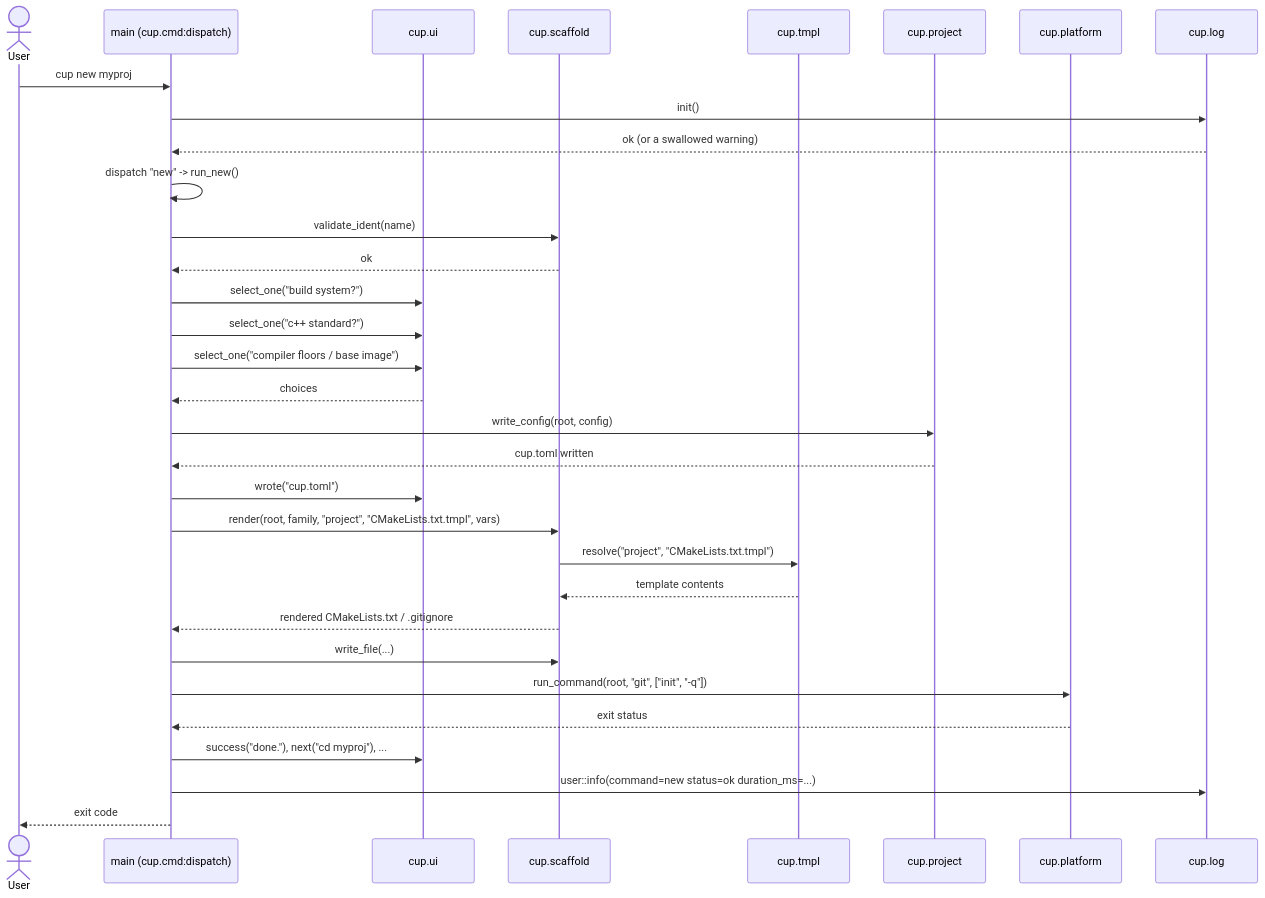
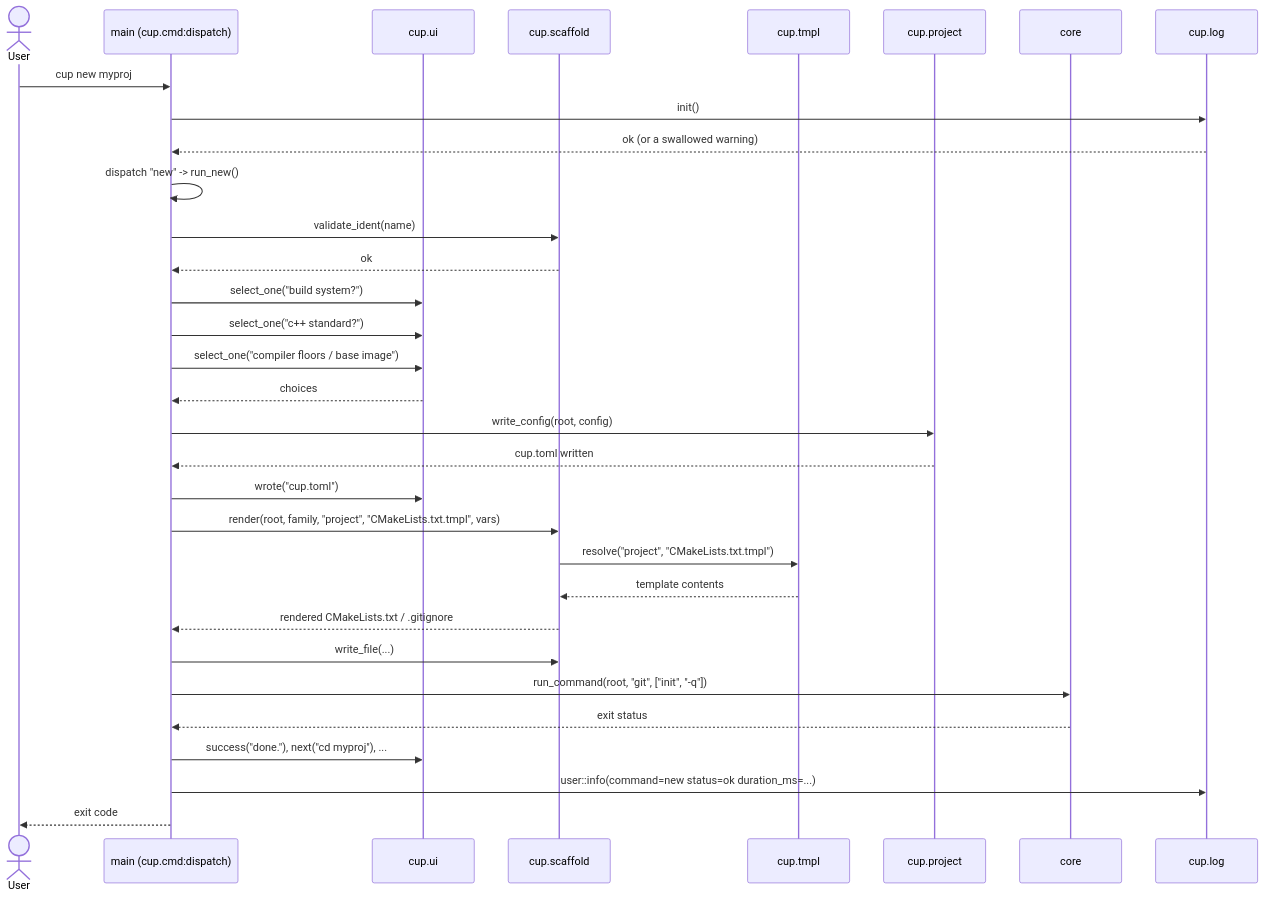
One commit to DrHurel/cup changed the second of 2 diagrams in README.md. Above: the diagram before and after it, drawn with Mermaid. The commit also changed other lines of this file and 65 other files, not shown here.

First line of the commit message:
refactor(platform): split into src/libs/core, src/libs/posix and src/libs/windows

````diff
--- a/README.md
+++ b/README.md
@@ -353,41 +354,41 @@
 ```mermaid
 sequenceDiagram
     actor User
     participant main as main (cup.cmd:dispatch)
     participant ui as cup.ui
     participant scaffold as cup.scaffold
     participant tmpl as cup.tmpl
     participant project as cup.project
-    participant platform as cup.platform
+    participant platform as core
     participant log as cup.log
 
     User->>main: cup new myproj
     main->>log: init()
     log-->>main: ok (or a swallowed warning)
     main->>main: dispatch "new" -> run_new()
 
     main->>scaffold: validate_ident(name)
     scaffold-->>main: ok
 
     main->>ui: select_one("build system?")
     main->>ui: select_one("c++ standard?")
     main->>ui: select_one("compiler floors / base image")
     ui-->>main: choices
 
     main->>project: write_config(root, config)
     project-->>main: cup.toml written
     main->>ui: wrote("cup.toml")
 
     main->>scaffold: render(root, family, "project", "CMakeLists.txt.tmpl", vars)
     scaffold->>tmpl: resolve("project", "CMakeLists.txt.tmpl")
     tmpl-->>scaffold: template contents
     scaffold-->>main: rendered CMakeLists.txt / .gitignore
     main->>scaffold: write_file(...)
 
     main->>platform: run_command(root, "git", ["init", "-q"])
     platform-->>main: exit status
     main->>ui: success("done."), next("cd myproj"), ...
 
     main->>log: user::info(command=new status=ok duration_ms=...)
     main-->>User: exit code
 ```
````
